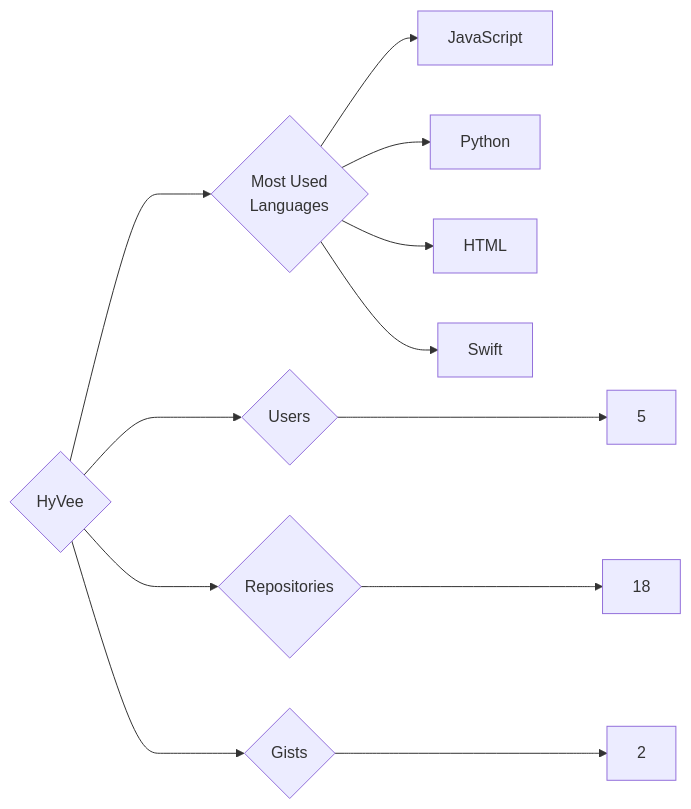
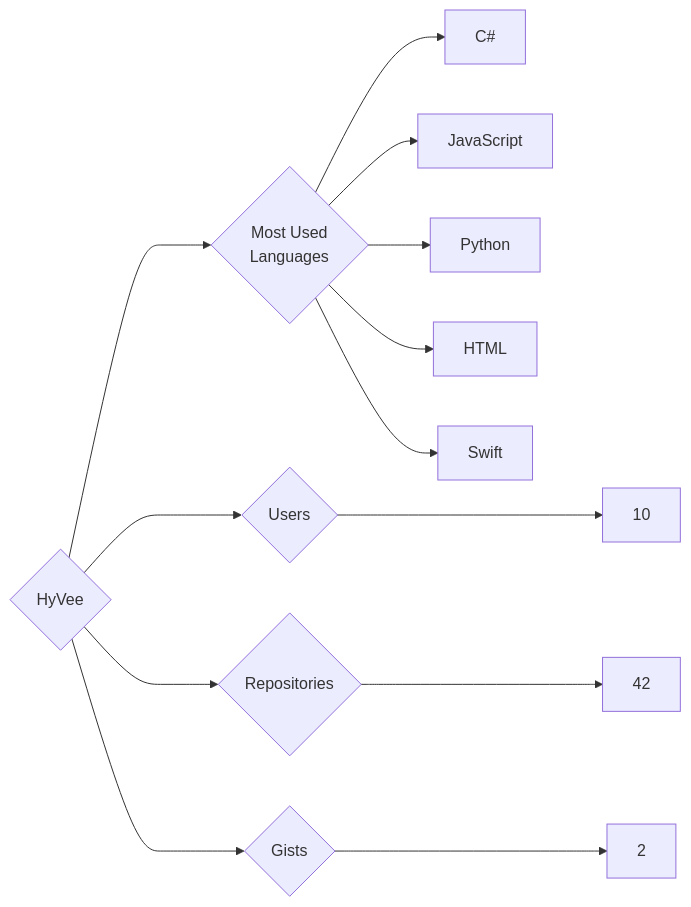
One commit to trickest/insiders changed the diagram in targets/HyVee/README.md. Above: the diagram before and after it, drawn with Mermaid. The commit also changed 1123 other files, not shown here.

````diff
--- a/targets/HyVee/README.md
+++ b/targets/HyVee/README.md
@@ -3,12 +3,13 @@
 ```mermaid
 graph LR
 COMPANY_NAME{HyVee}
-COMPANY_NAME ---> U{Users} ---> UN[5]
-COMPANY_NAME ---> R{Repositories} ---> RN[18]
+COMPANY_NAME ---> U{Users} ---> UN[10]
+COMPANY_NAME ---> R{Repositories} ---> RN[42]
 COMPANY_NAME ---> G{Gists} ---> GN[2]
 COMPANY_NAME ---> ML{Most Used<br>Languages}
+ML --> C#[C#]
 ML --> JavaScript[JavaScript]
 ML --> Python[Python]
 ML --> HTML[HTML]
 ML --> Swift[Swift]
 ```
````
